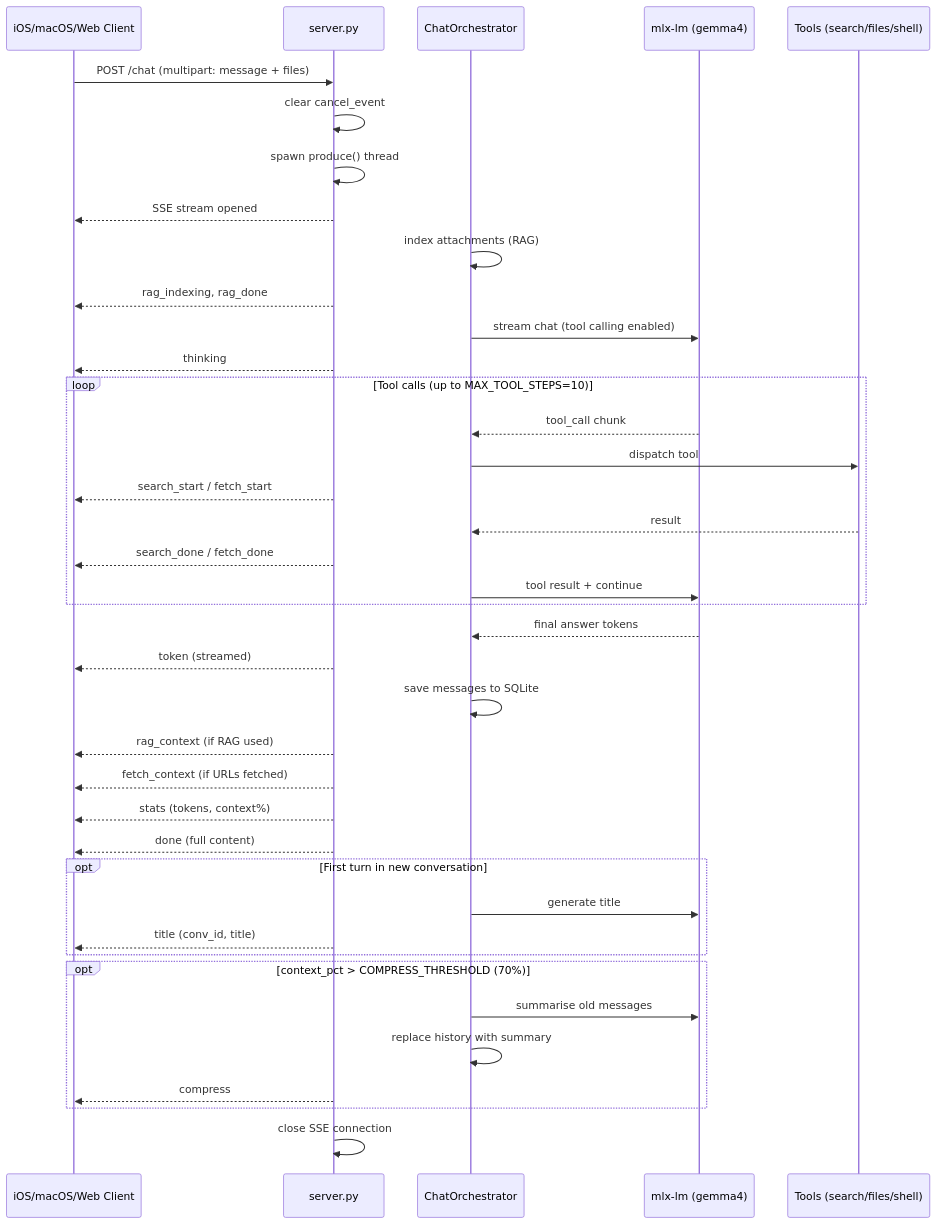
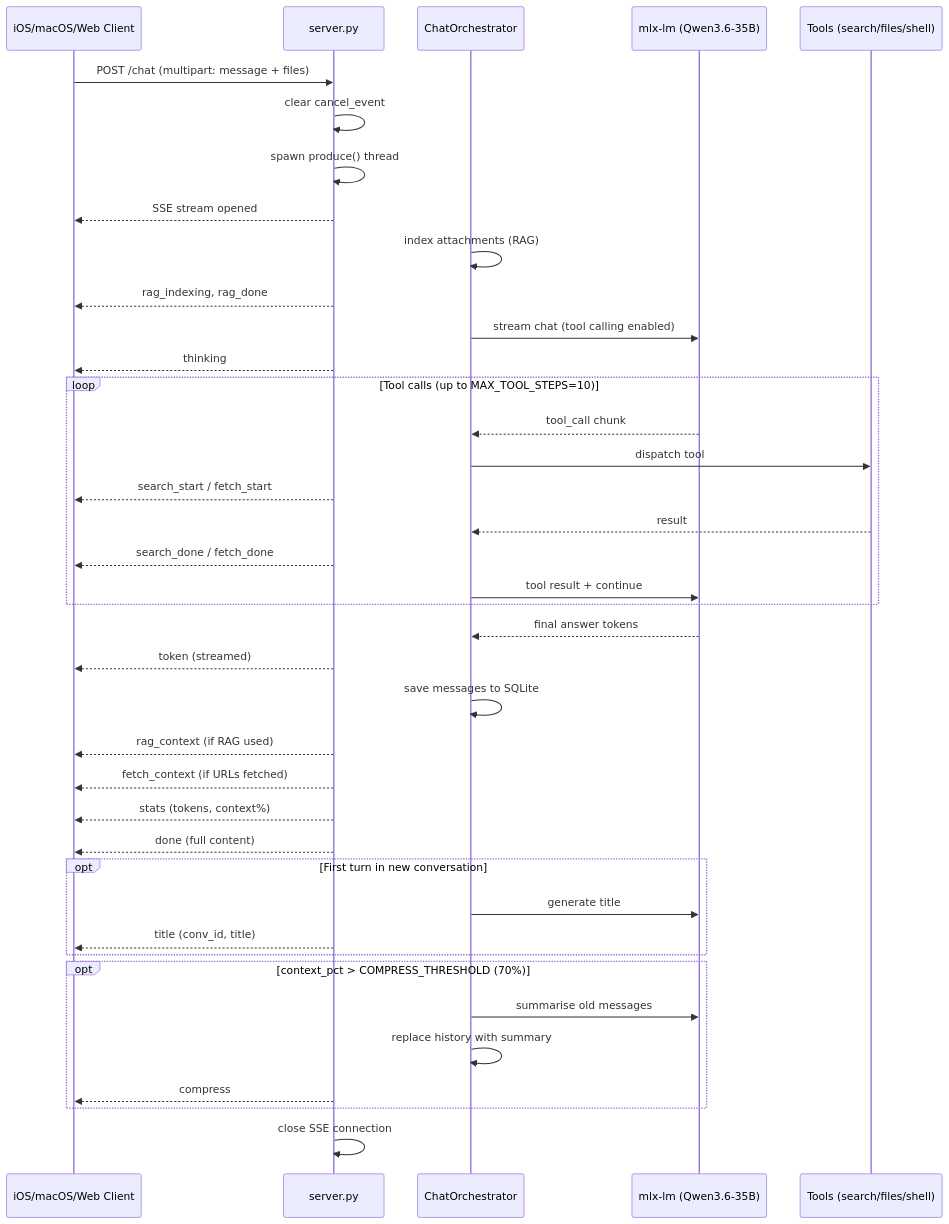
The second of 6 diagrams in docs/diagram.md (mabaeyens/mira-core), drawn with Mermaid before and after one commit. The commit also changed other lines of this file and 5 other files, not shown here.

````diff
--- a/docs/diagram.md
+++ b/docs/diagram.md
@@ -58,50 +59,50 @@
 ```mermaid
 sequenceDiagram
     participant Client as iOS/macOS/Web Client
     participant Server as server.py
     participant Orch as ChatOrchestrator
-    participant Ollama as mlx-lm (gemma4)
+    participant Ollama as mlx-lm (Qwen3.6-35B)
     participant Tools as Tools (search/files/shell)
 
     Client->>Server: POST /chat (multipart: message + files)
     Server->>Server: clear cancel_event
     Server->>Server: spawn produce() thread
     Server-->>Client: SSE stream opened
 
     Orch->>Orch: index attachments (RAG)
     Server-->>Client: rag_indexing, rag_done
 
     Orch->>Ollama: stream chat (tool calling enabled)
     Server-->>Client: thinking
 
     loop Tool calls (up to MAX_TOOL_STEPS=10)
         Ollama-->>Orch: tool_call chunk
         Orch->>Tools: dispatch tool
         Server-->>Client: search_start / fetch_start
         Tools-->>Orch: result
         Server-->>Client: search_done / fetch_done
         Orch->>Ollama: tool result + continue
     end
 
     Ollama-->>Orch: final answer tokens
     Server-->>Client: token (streamed)
 
     Orch->>Orch: save messages to SQLite
     Server-->>Client: rag_context (if RAG used)
     Server-->>Client: fetch_context (if URLs fetched)
     Server-->>Client: stats (tokens, context%)
     Server-->>Client: done (full content)
 
     opt First turn in new conversation
         Orch->>Ollama: generate title
         Server-->>Client: title (conv_id, title)
     end
 
     opt context_pct > COMPRESS_THRESHOLD (70%)
         Orch->>Ollama: summarise old messages
         Orch->>Orch: replace history with summary
         Server-->>Client: compress
     end
 
     Server->>Server: close SSE connection
 ```
````
